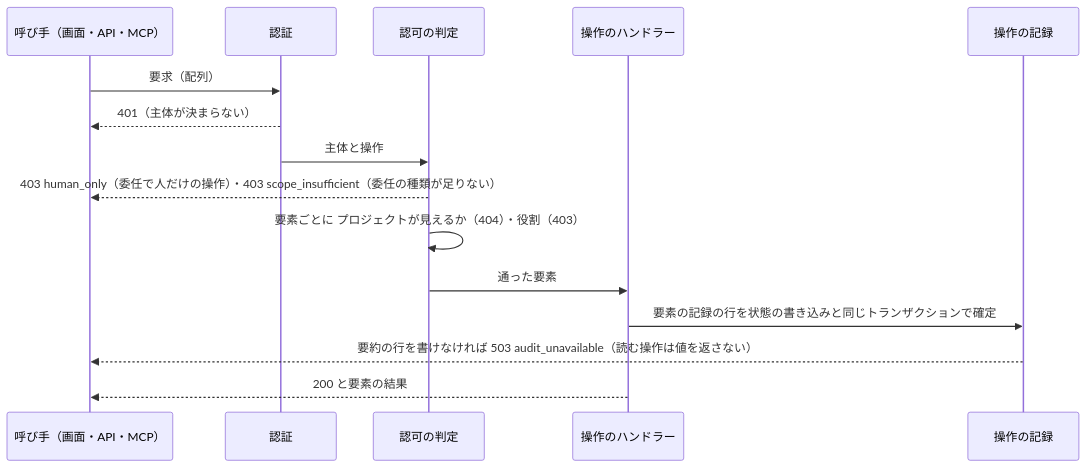
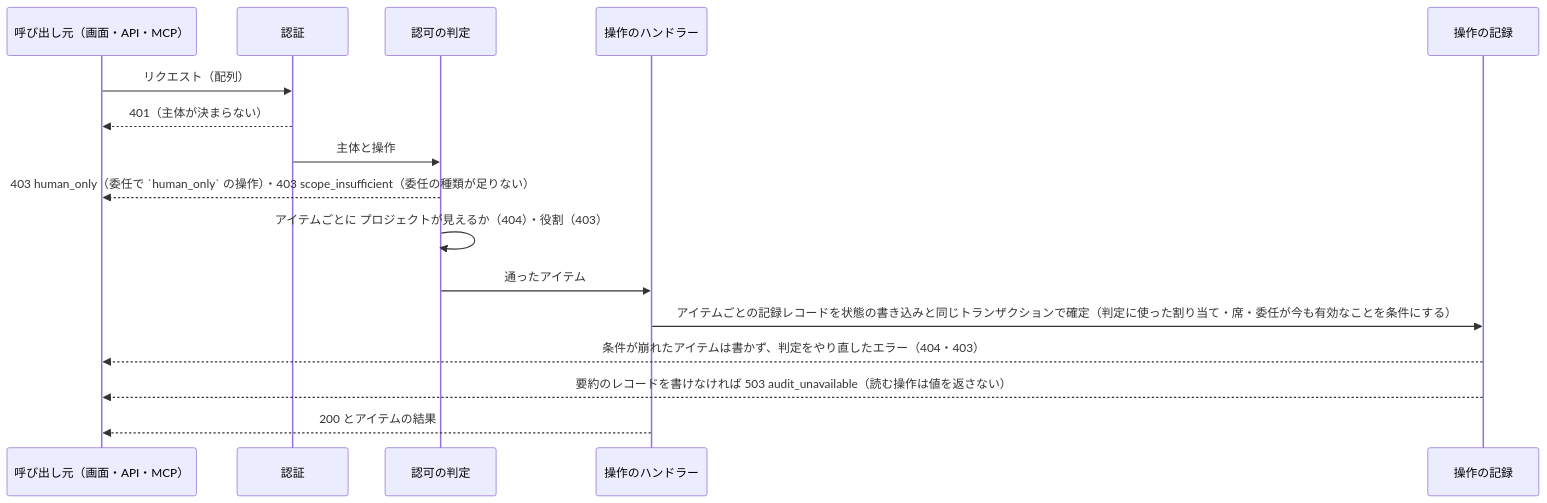
The first of 4 diagrams in docs/design/api.md (devbasex/nd-factory), drawn with Mermaid before and after one commit. The commit also changed other lines of this file and 115 other files, not shown here.

````diff
--- a/docs/design/api.md
+++ b/docs/design/api.md
@@ -367,17 +445,18 @@
 ```mermaid
 sequenceDiagram
-    participant C as 呼び手（画面・API・MCP）
+    participant C as 呼び出し元（画面・API・MCP）
     participant A as 認証
     participant Z as 認可の判定
     participant H as 操作のハンドラー
     participant L as 操作の記録
-    C->>A: 要求（配列）
+    C->>A: リクエスト（配列）
     A-->>C: 401（主体が決まらない）
     A->>Z: 主体と操作
-    Z-->>C: 403 human_only（委任で人だけの操作）・403 scope_insufficient（委任の種類が足りない）
-    Z->>Z: 要素ごとに プロジェクトが見えるか（404）・役割（403）
-    Z->>H: 通った要素
-    H->>L: 要素の記録の行を状態の書き込みと同じトランザクションで確定
-    L-->>C: 要約の行を書けなければ 503 audit_unavailable（読む操作は値を返さない）
-    H-->>C: 200 と要素の結果
+    Z-->>C: 403 human_only（委任で `human_only` の操作）・403 scope_insufficient（委任の種類が足りない）
+    Z->>Z: アイテムごとに プロジェクトが見えるか（404）・役割（403）
+    Z->>H: 通ったアイテム
+    H->>L: アイテムごとの記録レコードを状態の書き込みと同じトランザクションで確定（判定に使った割り当て・席・委任が今も有効なことを条件にする）
+    L-->>C: 条件が崩れたアイテムは書かず、判定をやり直したエラー（404・403）
+    L-->>C: 要約のレコードを書けなければ 503 audit_unavailable（読む操作は値を返さない）
+    H-->>C: 200 とアイテムの結果
 ```
````
